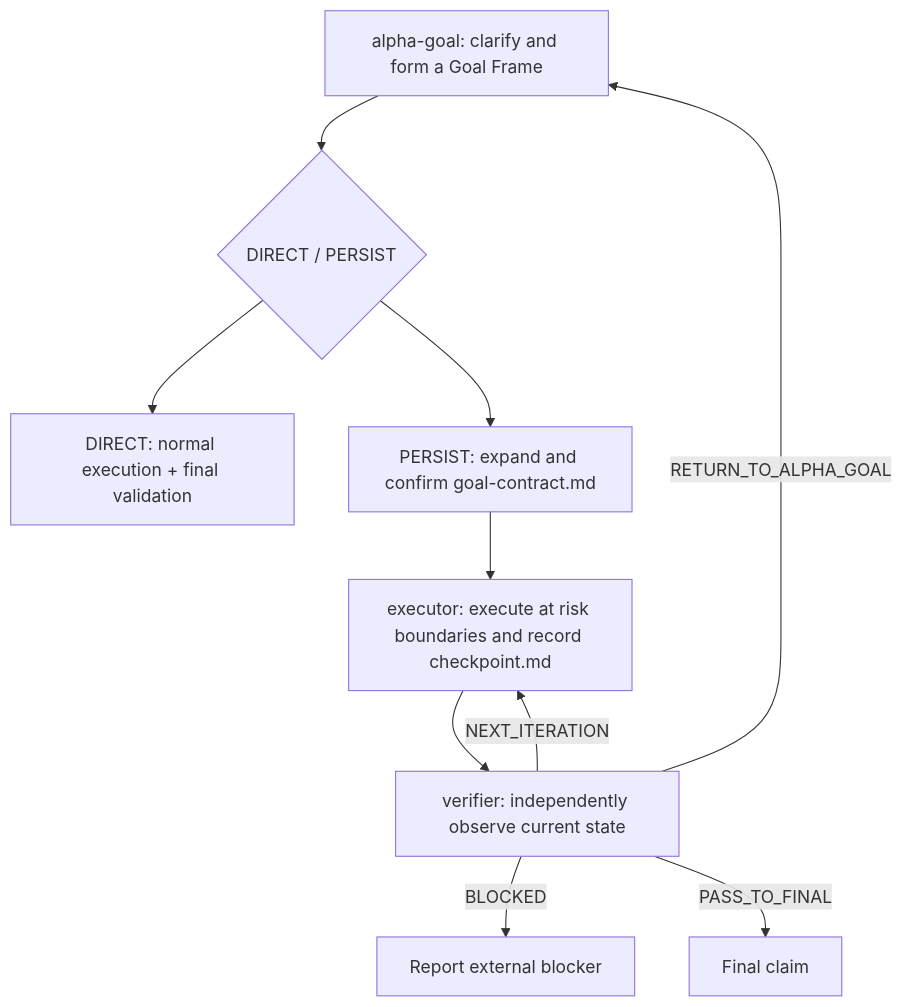
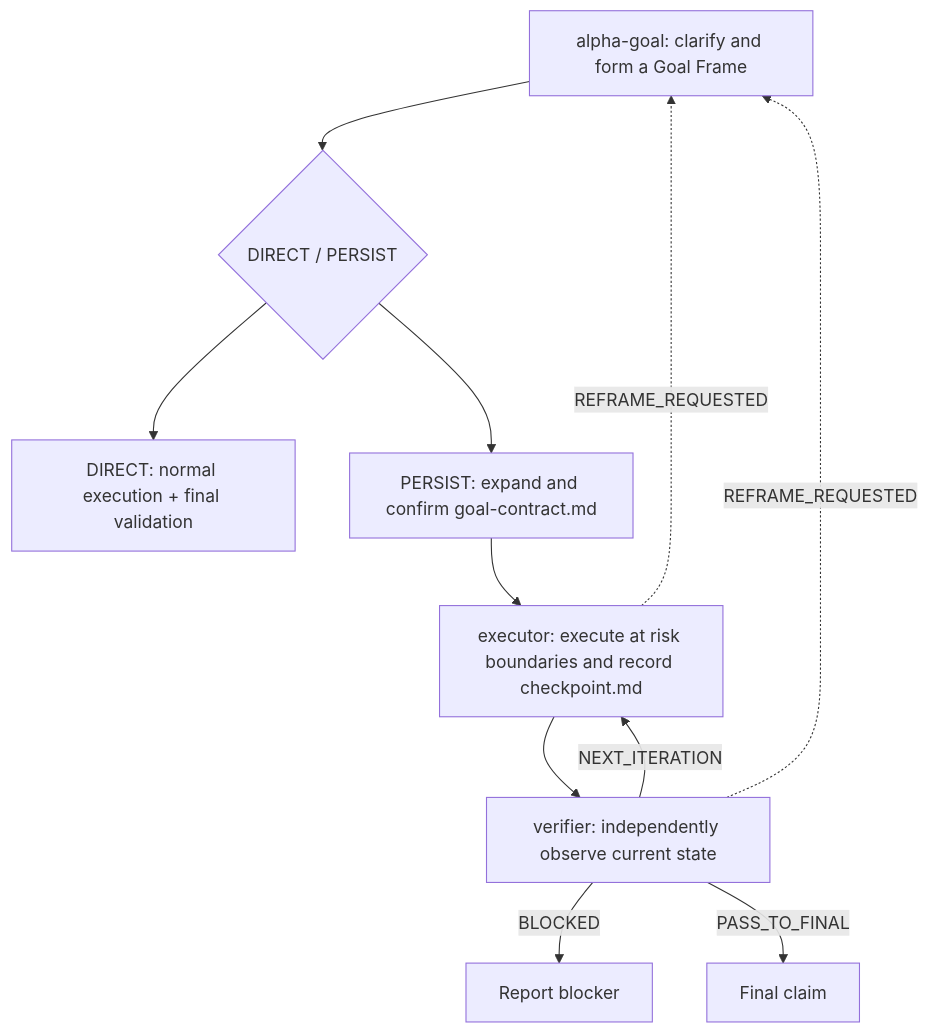
Before and after one commit to azhonglee/alpha-goal: the diagram in README.en.md, drawn with Mermaid. The commit also changed 12 other files, not shown here.

````diff
--- a/README.en.md
+++ b/README.en.md
@@ -9,12 +9,13 @@
 ```mermaid
 flowchart TD
   A["alpha-goal: clarify and form a Goal Frame"] --> R{"DIRECT / PERSIST"}
   R --> D["DIRECT: normal execution + final validation"]
   R --> P["PERSIST: expand and confirm goal-contract.md"]
   P --> E["executor: execute at risk boundaries and record checkpoint.md"]
   E --> V["verifier: independently observe current state"]
   V -->|"NEXT_ITERATION"| E
-  V -->|"RETURN_TO_ALPHA_GOAL"| A
-  V -->|"BLOCKED"| B["Report external blocker"]
+  E -. "REFRAME_REQUESTED" .-> A
+  V -. "REFRAME_REQUESTED" .-> A
+  V -->|"BLOCKED"| B["Report blocker"]
   V -->|"PASS_TO_FINAL"| F["Final claim"]
 ```
````
